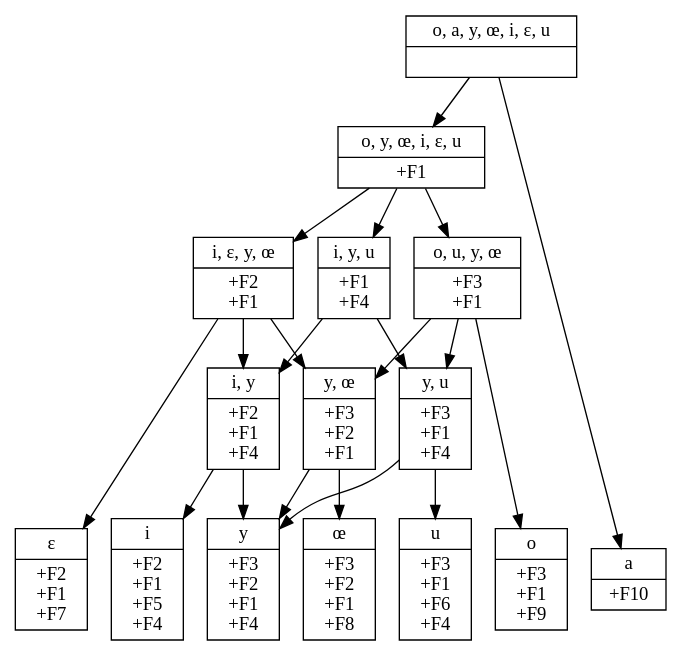
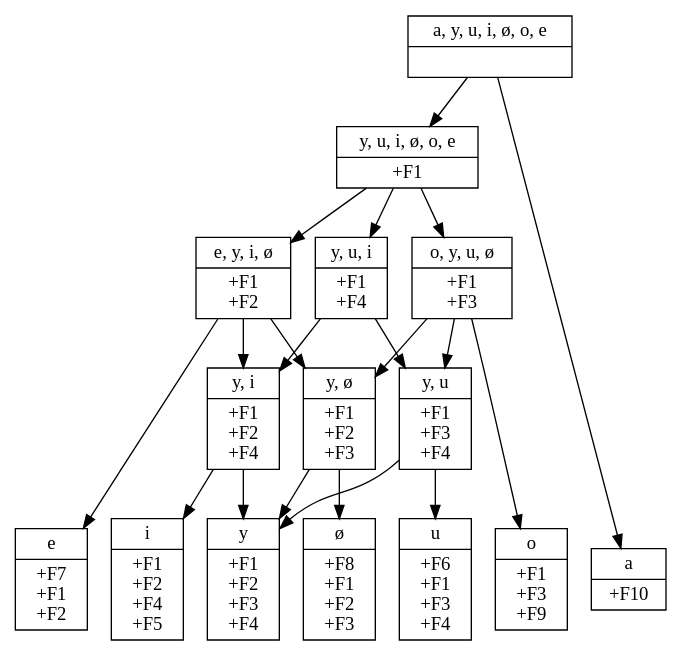
The diagram in Featurizer/feats_output/paper_vowels_privative.gv (rdaland/Pheatures), drawn with Graphviz before and after one commit. The commit also changed 72 other files, not shown here.

```diff
--- a/Featurizer/feats_output/paper_vowels_privative.gv
+++ b/Featurizer/feats_output/paper_vowels_privative.gv
@@ -1,20 +1,20 @@
 // None
 digraph {
-	0 [label="{<segs> o, a, y, œ, i, ɛ, u |<feats>  }",shape=record]
-	1 [label="{<segs> o, y, œ, i, ɛ, u |<feats> +F1 }",shape=record]
-	2 [label="{<segs> i, ɛ, y, œ |<feats> +F2\n+F1 }",shape=record]
-	3 [label="{<segs> o, u, y, œ |<feats> +F3\n+F1 }",shape=record]
-	4 [label="{<segs> i, y, u |<feats> +F1\n+F4 }",shape=record]
-	5 [label="{<segs> i |<feats> +F2\n+F1\n+F5\n+F4 }",shape=record]
-	6 [label="{<segs> y |<feats> +F3\n+F2\n+F1\n+F4 }",shape=record]
-	7 [label="{<segs> u |<feats> +F3\n+F1\n+F6\n+F4 }",shape=record]
-	8 [label="{<segs> ɛ |<feats> +F2\n+F1\n+F7 }",shape=record]
-	9 [label="{<segs> œ |<feats> +F3\n+F2\n+F1\n+F8 }",shape=record]
-	10 [label="{<segs> o |<feats> +F3\n+F1\n+F9 }",shape=record]
+	0 [label="{<segs> a, y, u, i, ø, o, e |<feats>  }",shape=record]
+	1 [label="{<segs> y, u, i, ø, o, e |<feats> +F1 }",shape=record]
+	2 [label="{<segs> e, y, i, ø |<feats> +F1\n+F2 }",shape=record]
+	3 [label="{<segs> o, y, u, ø |<feats> +F1\n+F3 }",shape=record]
+	4 [label="{<segs> y, u, i |<feats> +F1\n+F4 }",shape=record]
+	5 [label="{<segs> i |<feats> +F1\n+F2\n+F4\n+F5 }",shape=record]
+	6 [label="{<segs> y |<feats> +F1\n+F2\n+F3\n+F4 }",shape=record]
+	7 [label="{<segs> u |<feats> +F6\n+F1\n+F3\n+F4 }",shape=record]
+	8 [label="{<segs> e |<feats> +F7\n+F1\n+F2 }",shape=record]
+	9 [label="{<segs> ø |<feats> +F8\n+F1\n+F2\n+F3 }",shape=record]
+	10 [label="{<segs> o |<feats> +F1\n+F3\n+F9 }",shape=record]
 	11 [label="{<segs> a |<feats> +F10 }",shape=record]
-	12 [label="{<segs> y, œ |<feats> +F3\n+F2\n+F1 }",shape=record]
-	13 [label="{<segs> i, y |<feats> +F2\n+F1\n+F4 }",shape=record]
-	14 [label="{<segs> y, u |<feats> +F3\n+F1\n+F4 }",shape=record]
+	12 [label="{<segs> y, ø |<feats> +F1\n+F2\n+F3 }",shape=record]
+	13 [label="{<segs> y, i |<feats> +F1\n+F2\n+F4 }",shape=record]
+	14 [label="{<segs> y, u |<feats> +F1\n+F3\n+F4 }",shape=record]
 	0 -> 1	0 -> 11	1 -> 2	1 -> 3	1 -> 4	2 -> 8	2 -> 12	2 -> 13	3 -> 10	3 -> 12	3 -> 14	4 -> 13	4 -> 14	12 -> 6	12 -> 9	13 -> 5	13 -> 6	14 -> 6	14 -> 7
 {rank=same; 5 6 7 8 9 10 11}
 }
```
